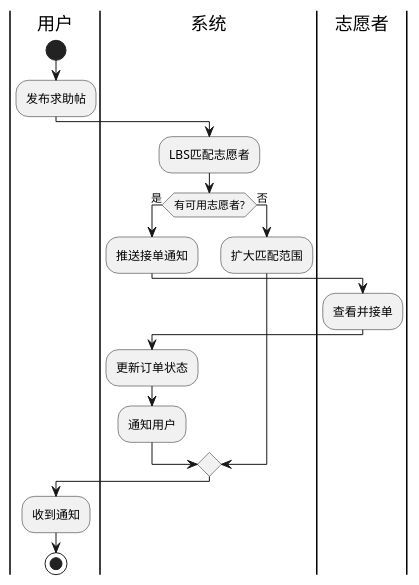
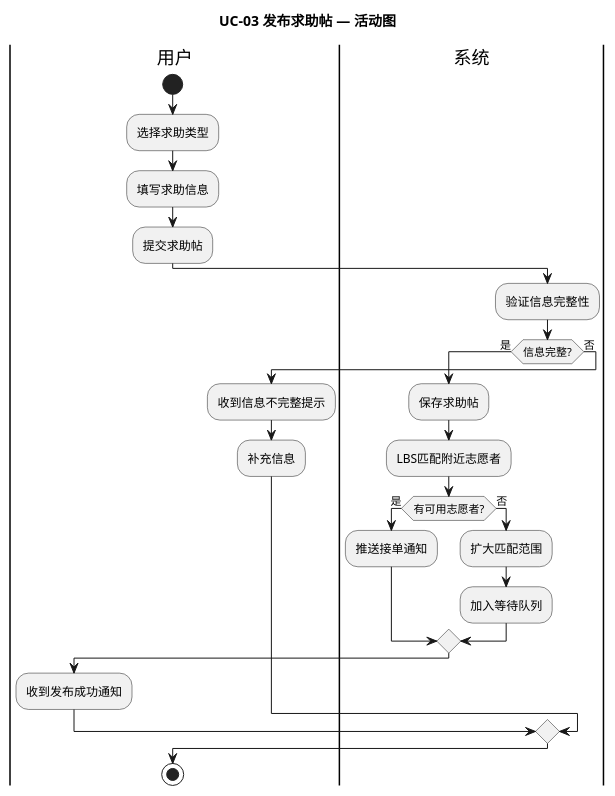
The second of 9 diagrams in commands/model-requirements.md (jdm4pku/RE-skills-zh), drawn with PlantUML before and after one commit. The commit also changed other lines of this file and 11 other files, not shown here.

````diff
--- a/commands/model-requirements.md
+++ b/commands/model-requirements.md
@@ -126,22 +143,29 @@
 ```plantuml
-@startuml activity-help-request
+@startuml activity-UC03
+title UC-03 发布求助帖 — 活动图
 |用户|
 start
-:发布求助帖;
+:选择求助类型;
+:填写求助信息;
+:提交求助帖;
 |系统|
-:LBS匹配志愿者;
-if (有可用志愿者?) then (是)
-    :推送接单通知;
-    |志愿者|
-    :查看并接单;
-    |系统|
-    :更新订单状态;
-    :通知用户;
+:验证信息完整性;
+if (信息完整?) then (是)
+    :保存求助帖;
+    :LBS匹配附近志愿者;
+    if (有可用志愿者?) then (是)
+        :推送接单通知;
+    else (否)
+        :扩大匹配范围;
+        :加入等待队列;
+    endif
+    |用户|
+    :收到发布成功通知;
 else (否)
-    :扩大匹配范围;
+    |用户|
+    :收到信息不完整提示;
+    :补充信息;
 endif
-|用户|
-:收到通知;
 stop
 @enduml
 ```
````
